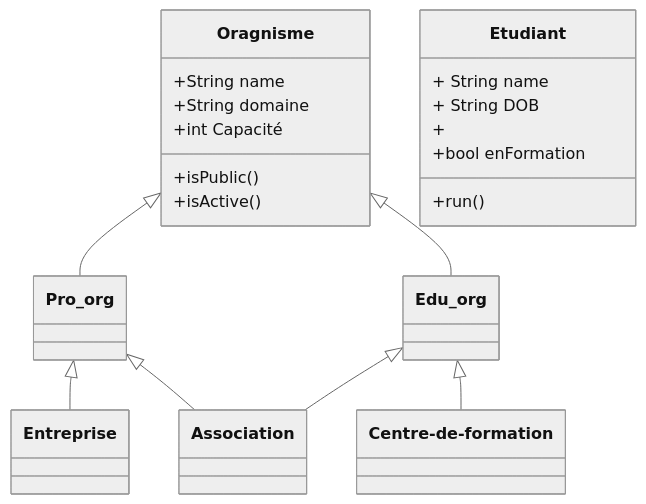
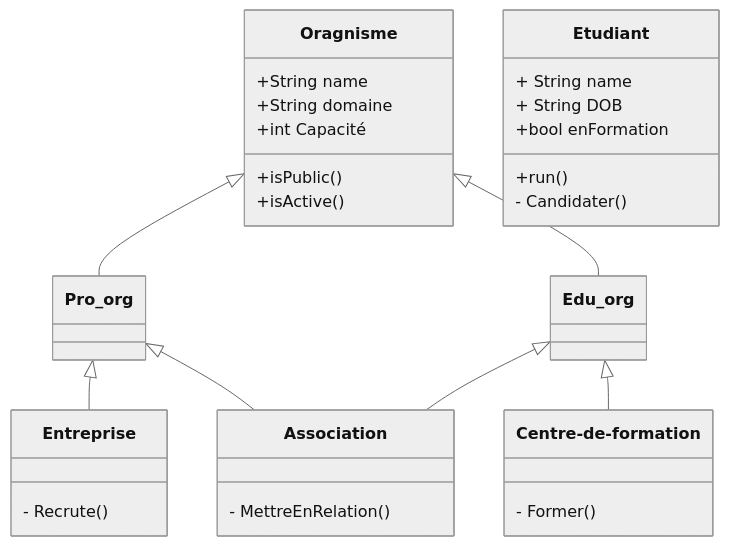
The diagram in acteurslecaotunglam.md (bouzidifatimazohra00-ux/inclusion-numerique-93), drawn with Mermaid (neutral theme) before and after one commit.

Commit message:
Ajouter acteurs

````diff
--- a/acteurslecaotunglam.md
+++ b/acteurslecaotunglam.md
@@ -2,36 +2,41 @@
 ```mermaid
 classDiagram
      
     Oragnisme <|-- Pro_org
     Oragnisme <|-- Edu_org
     Pro_org <|-- Entreprise
     Pro_org <|-- Association
     Edu_org <|-- Association
     Edu_org <|-- Centre-de-formation
     
     
     class Oragnisme{
         +String name
         +isPublic()
         +isActive()
         +String domaine
         +int Capacité
     }
     
     class Association {
+        - MettreEnRelation()
     }
     
     class Centre-de-formation{
-      
-    }
-    class Entreprise{
+        - Former()
         
     }
+      
+    class Entreprise{
+        - Recrute()
+    }
+        
     class Etudiant{
         + String name
         + String DOB
-        + 
-      +bool enFormation
-      +run()
+        
+        +bool enFormation
+        +run()
+        - Candidater()
     }
 ```
````
